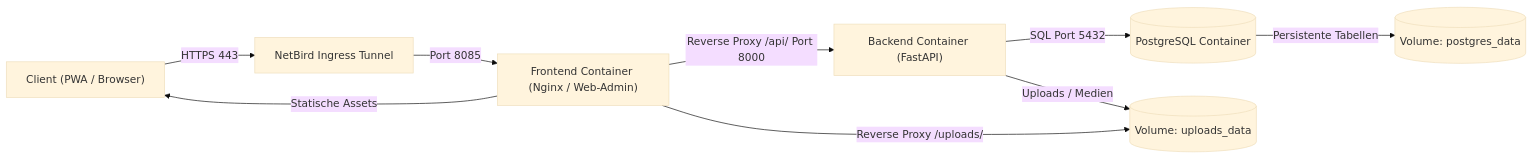
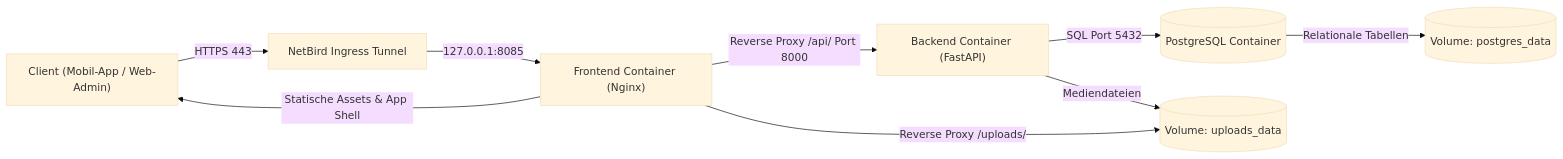
One commit to Pascal-Thommen/pascal-thommen.github.io changed the first of 2 diagrams in content/posts/upa-campus-app-architecture-part-1/index.de.md. Above: the diagram before and after it, drawn with Mermaid (base theme). The commit also changed other lines of this file and 20 other files, not shown here.

Commit message:
feat(posts): refine UPA Campus App architecture series with holistic webapp mental model and specification depth

````diff
--- a/content/posts/upa-campus-app-architecture-part-1/index.de.md
+++ b/content/posts/upa-campus-app-architecture-part-1/index.de.md
@@ -28,11 +28,11 @@
 ```mermaid
 flowchart LR
-    Client["Client (PWA / Browser)"] -->|HTTPS 443| NetBird["NetBird Ingress Tunnel"]
-    NetBird -->|Port 8085| Nginx["Frontend Container (Nginx / Web-Admin)"]
-    Nginx -->|Statische Assets| Client
+    Client["Client (Mobil-App / Web-Admin)"] -->|HTTPS 443| NetBird["NetBird Ingress Tunnel"]
+    NetBird -->|127.0.0.1:8085| Nginx["Frontend Container (Nginx)"]
+    Nginx -->|Statische Assets & App Shell| Client
     Nginx -->|Reverse Proxy /api/ Port 8000| Backend["Backend Container (FastAPI)"]
     Backend -->|SQL Port 5432| DB[("PostgreSQL Container")]
-    DB -->|Persistente Tabellen| VolDB[("Volume: postgres_data")]
-    Backend -->|Uploads / Medien| VolMedia[("Volume: uploads_data")]
+    DB -->|Relationale Tabellen| VolDB[("Volume: postgres_data")]
+    Backend -->|Mediendateien| VolMedia[("Volume: uploads_data")]
     Nginx -->|Reverse Proxy /uploads/| VolMedia
 ```
````
